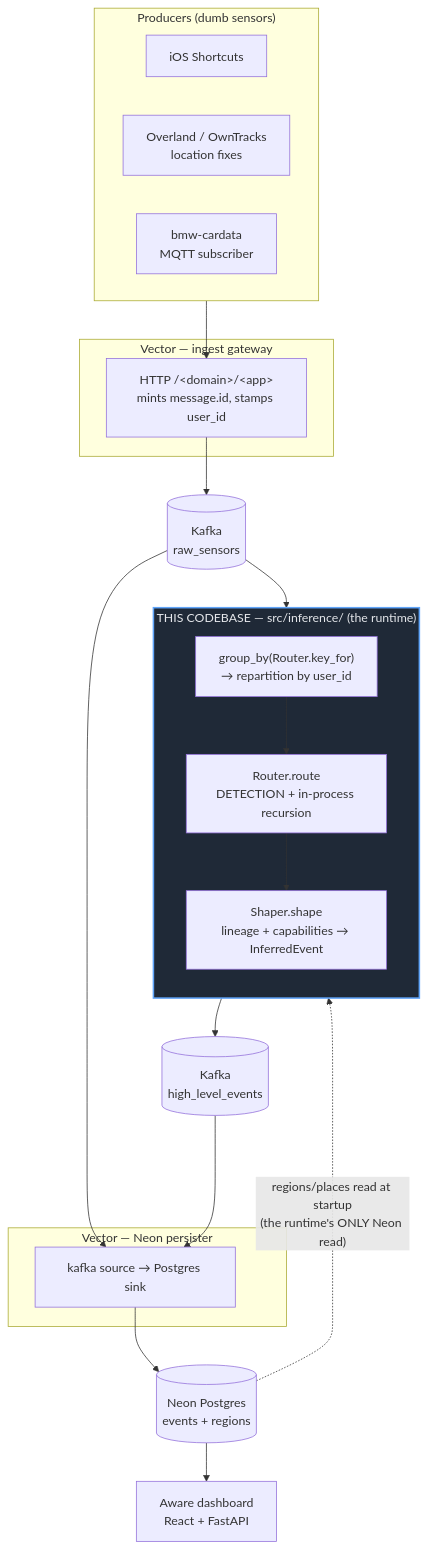
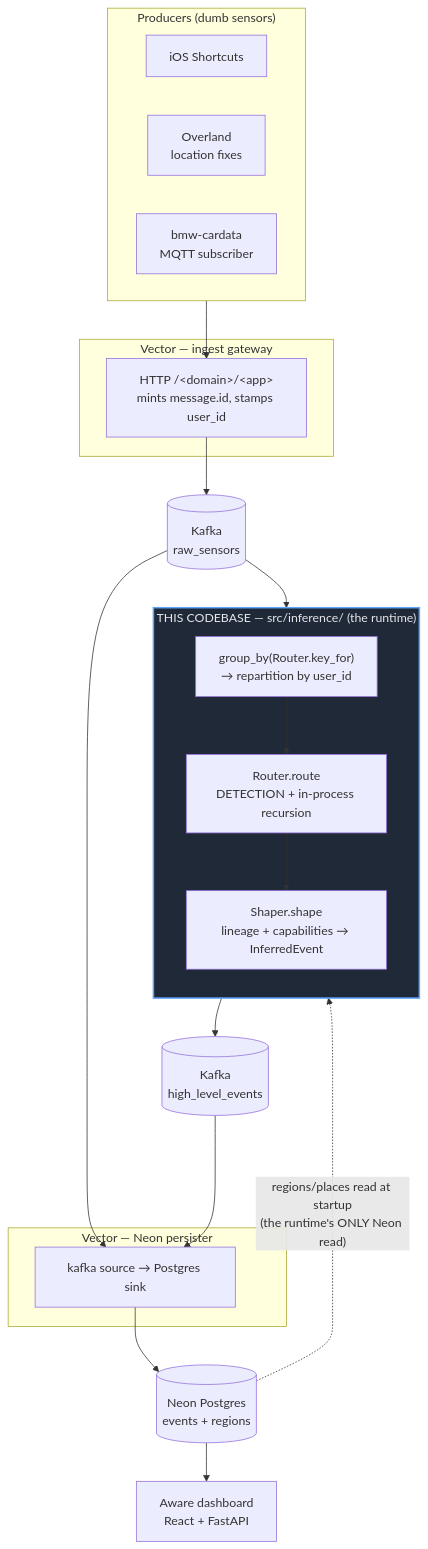
The first of 13 diagrams in doc/core.md (rodis/inference), drawn with Mermaid before and after one commit. The commit also changed other lines of this file and 5 other files, not shown here.

````diff
--- a/doc/core.md
+++ b/doc/core.md
@@ -43,40 +43,40 @@
 ```mermaid
 flowchart TB
     subgraph producers["Producers (dumb sensors)"]
         ios["iOS Shortcuts"]
-        ovl["Overland / OwnTracks<br/>location fixes"]
+        ovl["Overland<br/>location fixes"]
         bmw["bmw-cardata<br/>MQTT subscriber"]
     end
 
     subgraph vec1["Vector — ingest gateway"]
         ing["HTTP /&lt;domain&gt;/&lt;app&gt;<br/>mints message.id, stamps user_id"]
     end
 
     raw[("Kafka<br/>raw_sensors")]
 
     subgraph rt["THIS CODEBASE — src/inference/ (the runtime)"]
         direction TB
         gb["group_by(Router.key_for)<br/>→ repartition by user_id"]
         route["Router.route<br/>DETECTION + in-process recursion"]
         shape["Shaper.shape<br/>lineage + capabilities → InferredEvent"]
         gb --> route --> shape
     end
 
     hle[("Kafka<br/>high_level_events")]
 
     subgraph vec2["Vector — Neon persister"]
         pers["kafka source → Postgres sink"]
     end
 
     neon[("Neon Postgres<br/>events + regions")]
     dash["Aware dashboard<br/>React + FastAPI"]
 
     producers --> ing --> raw --> gb
     shape --> hle
     raw --> pers
     hle --> pers
     pers --> neon --> dash
     neon -. "regions/places read at startup<br/>(the runtime's ONLY Neon read)" .-> rt
 
     style rt fill:#1f2937,stroke:#60a5fa,stroke-width:2px,color:#e5e7eb
 ```
````
